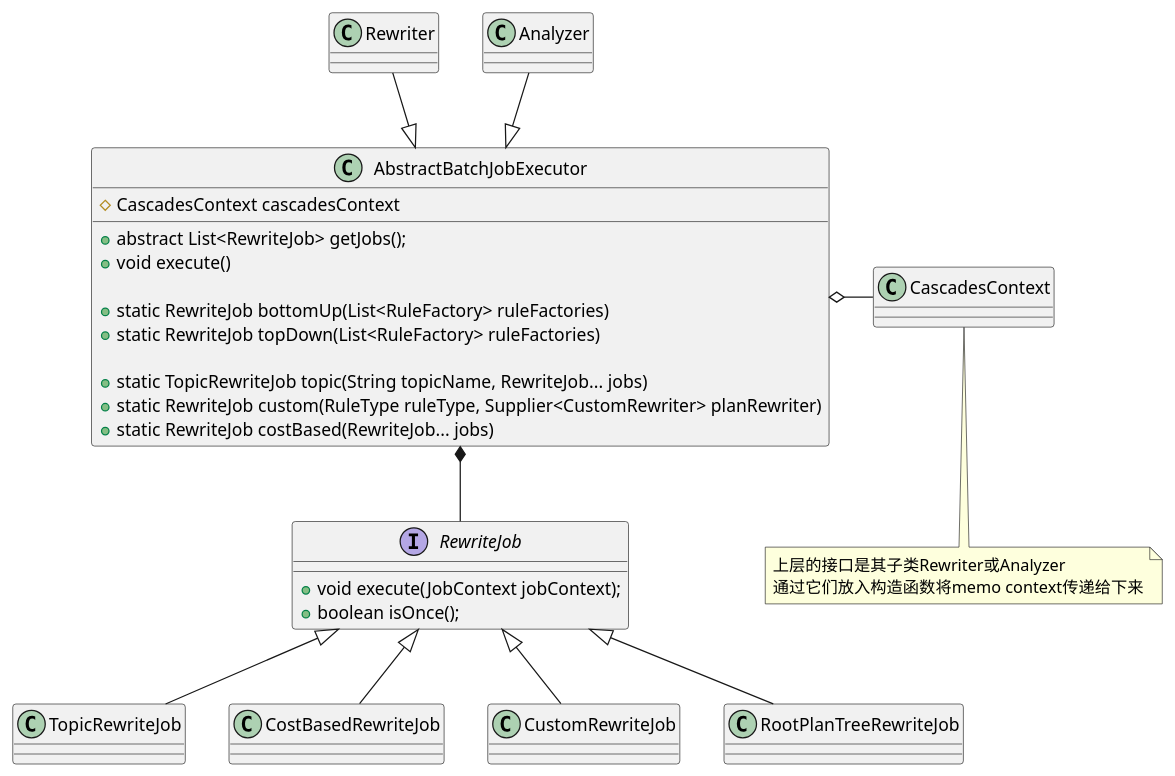
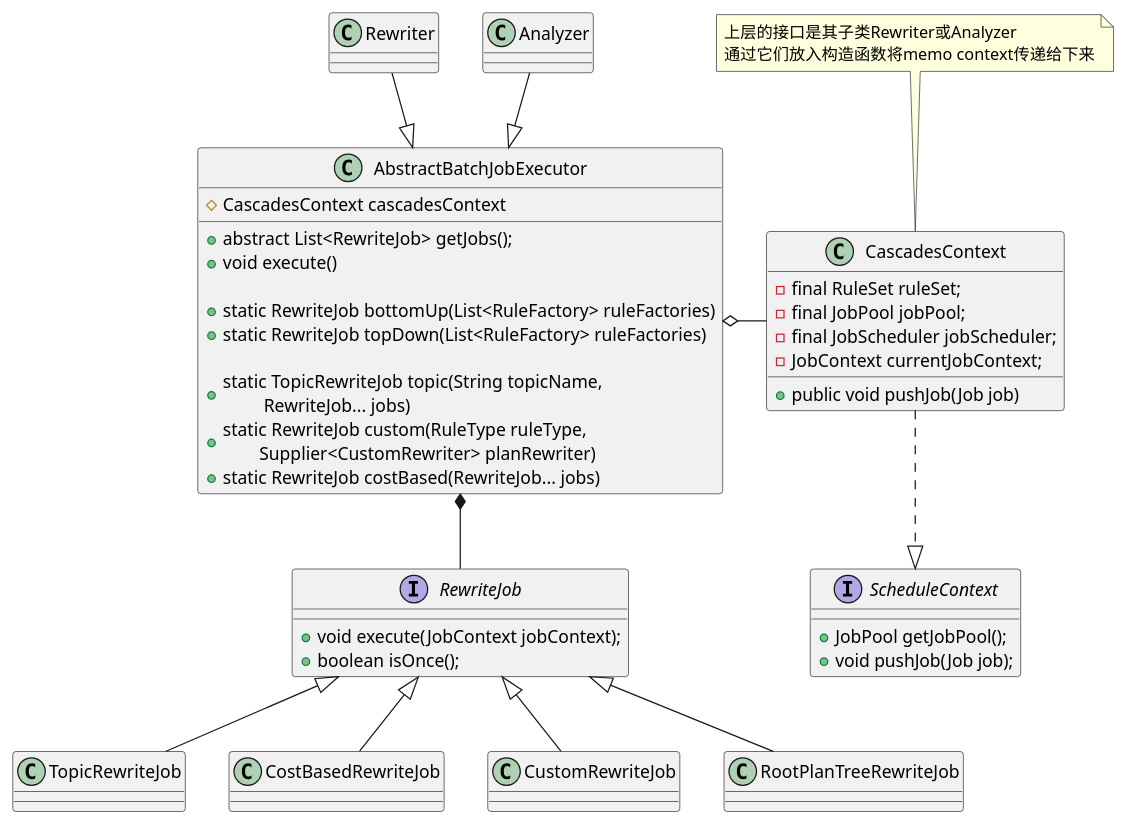
One commit to DepInjoy/geektime changed the first of 3 diagrams in doc/DB/Doris/SourceRead/00_01_Optimizer_RewriteFramework.md. Above: the diagram before and after it, drawn with PlantUML. The commit also changed other lines of this file and 3 other files, not shown here.

````diff
--- a/doc/DB/Doris/SourceRead/00_01_Optimizer_RewriteFramework.md
+++ b/doc/DB/Doris/SourceRead/00_01_Optimizer_RewriteFramework.md
@@ -1,35 +1,47 @@
 ```plantuml
 @startuml
 class AbstractBatchJobExecutor {
     # CascadesContext cascadesContext
     + abstract List<RewriteJob> getJobs();
     + void execute()
 
     + static RewriteJob bottomUp(List<RuleFactory> ruleFactories)
     + static RewriteJob topDown(List<RuleFactory> ruleFactories)
 
-    + static TopicRewriteJob topic(String topicName, RewriteJob... jobs)
-    + static RewriteJob custom(RuleType ruleType, Supplier<CustomRewriter> planRewriter)
+    + static TopicRewriteJob topic(String topicName,\n\t RewriteJob... jobs)
+    + static RewriteJob custom(RuleType ruleType,\n \tSupplier<CustomRewriter> planRewriter)
     + static RewriteJob costBased(RewriteJob... jobs)
 }
 
 interface RewriteJob {
     + void execute(JobContext jobContext);
     + boolean isOnce();
 }
 
-class CascadesContext {}
-note bottom of CascadesContext : 上层的接口是其子类Rewriter或Analyzer\n通过它们放入构造函数将memo context传递给下来
+class CascadesContext {
+    - final RuleSet ruleSet;
+    - final JobPool jobPool;
+    - final JobScheduler jobScheduler;
+    - JobContext currentJobContext;
+    + public void pushJob(Job job)
+}
+note top of CascadesContext : 上层的接口是其子类Rewriter或Analyzer\n通过它们放入构造函数将memo context传递给下来
+
+interface ScheduleContext {
+    + JobPool getJobPool();
+    + void pushJob(Job job);
+}
 
 Rewriter -down-|> AbstractBatchJobExecutor
 Analyzer -down-|> AbstractBatchJobExecutor
 
 CascadesContext -left-o AbstractBatchJobExecutor
 
+CascadesContext -down.|> ScheduleContext
 RewriteJob -up-* AbstractBatchJobExecutor
 TopicRewriteJob -up-|> RewriteJob
 CostBasedRewriteJob -up-|> RewriteJob
 CustomRewriteJob -up-|> RewriteJob
 RootPlanTreeRewriteJob -up-|> RewriteJob
 @enduml
 ```
````
